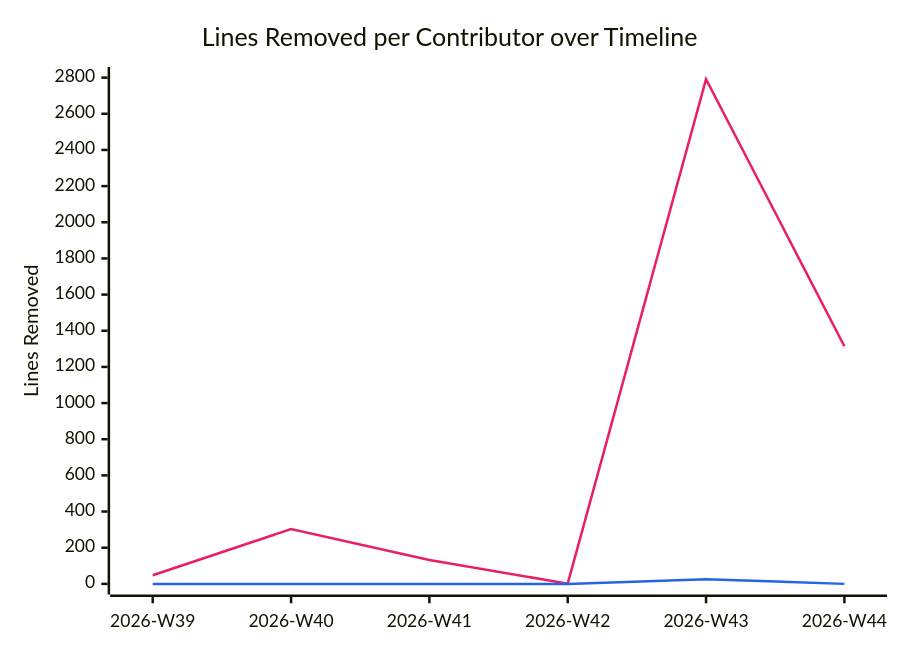
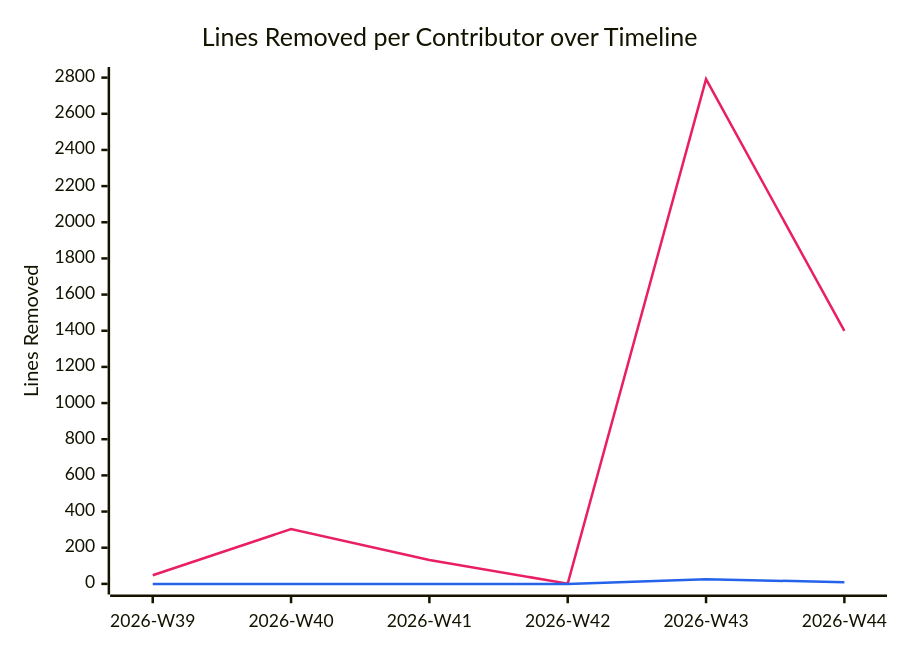
The diagram in documentation/snippets/management/code-deletions.mmd (BeyondMagic/wisp), drawn with Mermaid before and after one commit. The commit also changed 2 other files, not shown here.

```diff
--- a/documentation/snippets/management/code-deletions.mmd
+++ b/documentation/snippets/management/code-deletions.mmd
@@ -1,7 +1,7 @@
 %%{init: {"themeVariables": {"xyChart": {"plotColorPalette": "#e91e63, #2563eb"}}}}%%
 xychart-beta
     title "Lines Removed per Contributor over Timeline"
     x-axis ["2026-W39", "2026-W40", "2026-W41", "2026-W42", "2026-W43", "2026-W44"]
     y-axis "Lines Removed" 0 --> 2800
-    line [48, 303, 132, 1, 2792, 1314]
-    line [0, 0, 0, 0, 26, 0]
+    line [48, 303, 132, 1, 2792, 1399]
+    line [0, 0, 0, 0, 26, 9]
```
